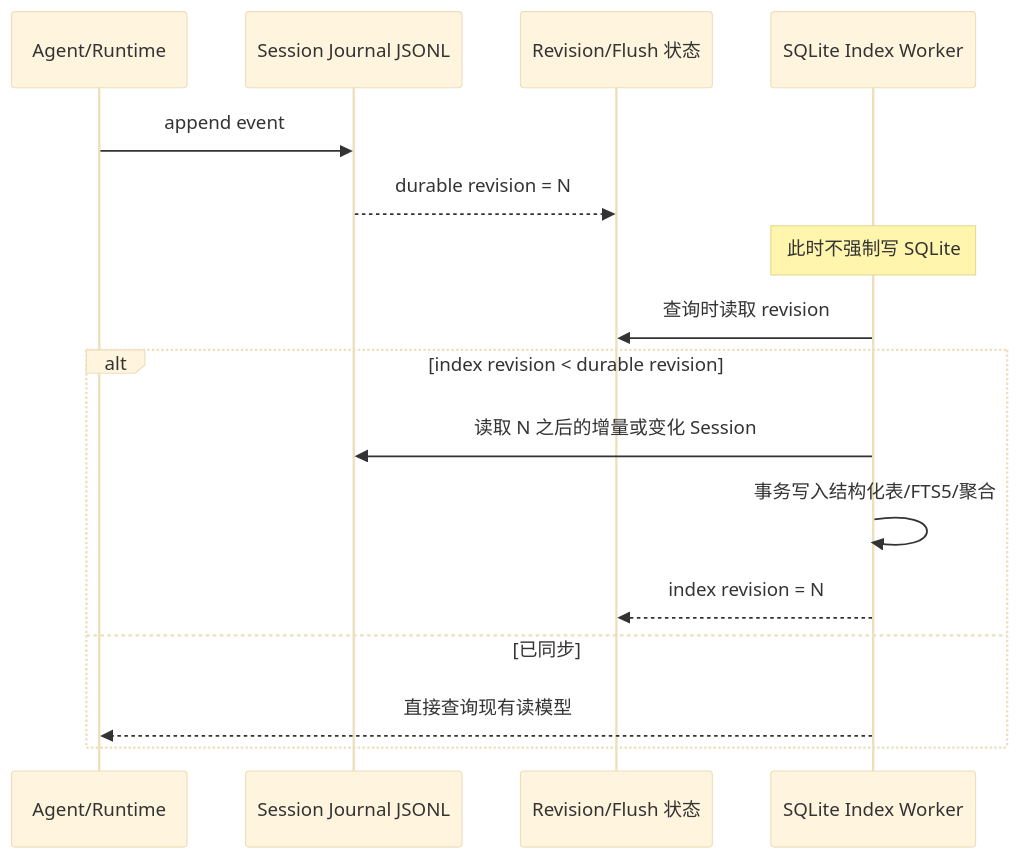
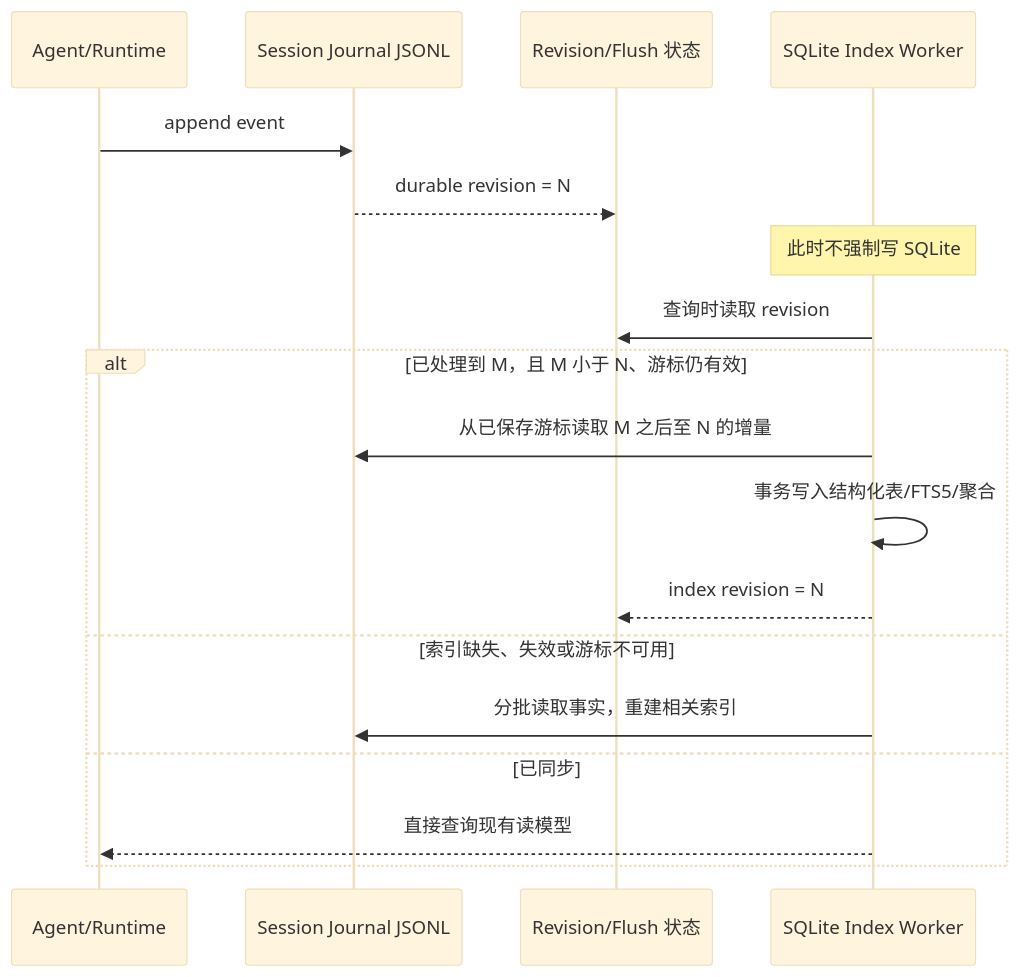
Before and after one commit to WakeUp-Jin/actspace-agent: the first of 4 diagrams in docs/design-docs/筛选存储改版V2-增加SQLite/README.md, drawn with Mermaid (base theme). The commit also changed other lines of this file and 188 other files, not shown here.

````diff
--- a/docs/design-docs/筛选存储改版V2-增加SQLite/README.md
+++ b/docs/design-docs/筛选存储改版V2-增加SQLite/README.md
@@ -38,19 +41,21 @@
 ```mermaid
 sequenceDiagram
     participant A as Agent/Runtime
     participant S as Session Journal JSONL
     participant R as Revision/Flush 状态
     participant I as SQLite Index Worker
 
     A->>S: append event
     S-->>R: durable revision = N
     Note over I: 此时不强制写 SQLite
     I->>R: 查询时读取 revision
-    alt index revision < durable revision
-        I->>S: 读取 N 之后的增量或变化 Session
+    alt 已处理到 M，且 M 小于 N、游标仍有效
+        I->>S: 从已保存游标读取 M 之后至 N 的增量
         I->>I: 事务写入结构化表/FTS5/聚合
         I-->>R: index revision = N
+    else 索引缺失、失效或游标不可用
+        I->>S: 分批读取事实，重建相关索引
     else 已同步
         I-->>A: 直接查询现有读模型
     end
 ```
````
